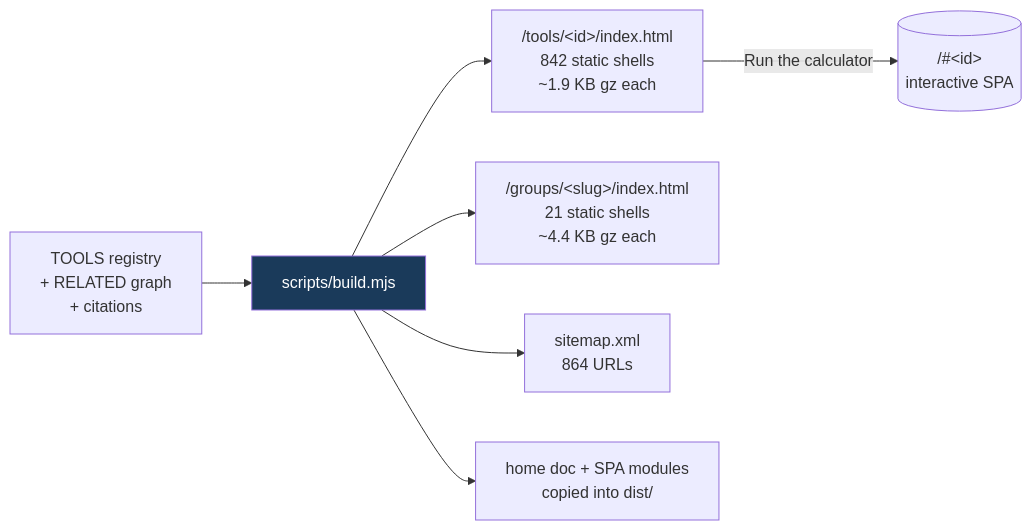
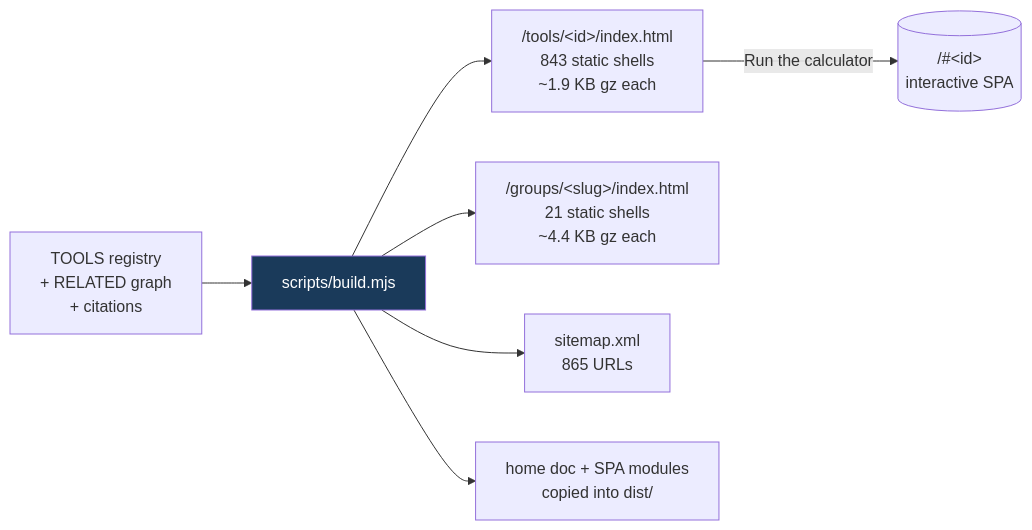
Before and after one commit to clay-good/roughlogic.com: the fifth of 8 diagrams in README.md, drawn with Mermaid. The commit also changed other lines of this file and 16 other files, not shown here.

````diff
--- a/README.md
+++ b/README.md
@@ -495,10 +495,10 @@
 ```mermaid
 flowchart LR
     SRC[TOOLS registry\n+ RELATED graph\n+ citations] --> BUILD[scripts/build.mjs]
-    BUILD --> TILE["/tools/&lt;id&gt;/index.html\n842 static shells\n~1.9 KB gz each"]
+    BUILD --> TILE["/tools/&lt;id&gt;/index.html\n843 static shells\n~1.9 KB gz each"]
     BUILD --> GROUP["/groups/&lt;slug&gt;/index.html\n21 static shells\n~4.4 KB gz each"]
-    BUILD --> MAP["sitemap.xml\n864 URLs"]
+    BUILD --> MAP["sitemap.xml\n865 URLs"]
     BUILD --> COPY[home doc + SPA modules\ncopied into dist/]
     TILE -->|Run the calculator| SPA[("/#&lt;id&gt;\ninteractive SPA")]
     style BUILD fill:#1a3a5a,color:#fff
 ```
````
